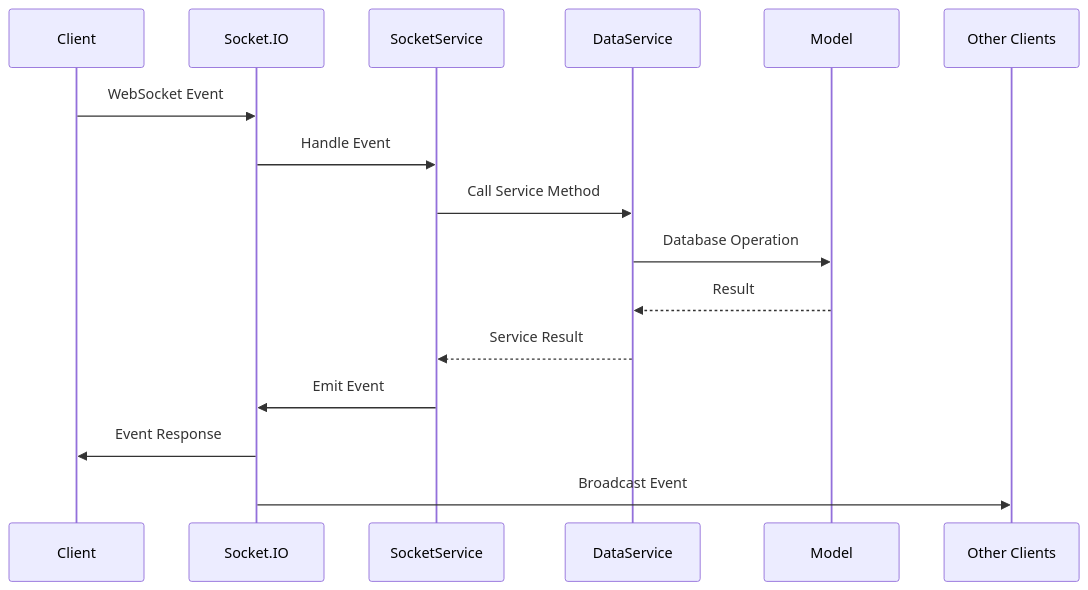
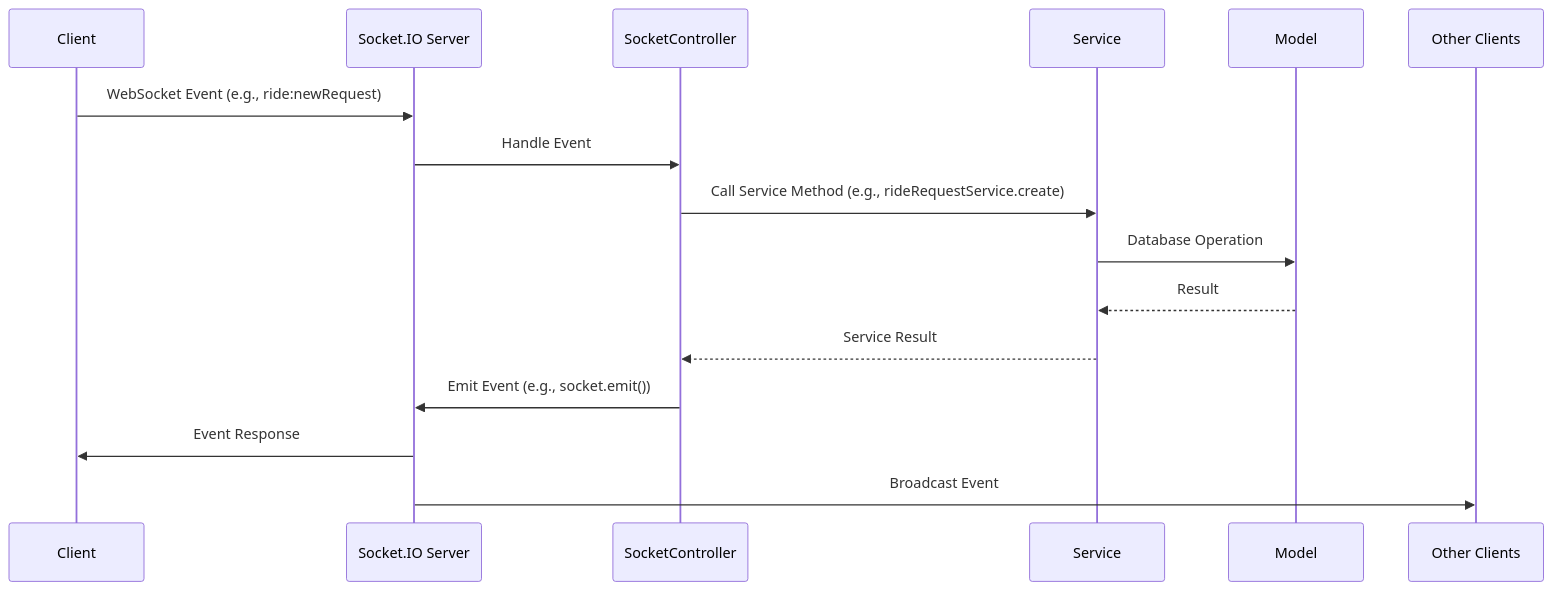
Before and after one commit to Celestial-0/TrueFare: the second of 2 diagrams in backend/docs/MVC_ARCHITECTURE.md, drawn with Mermaid. The commit also changed other lines of this file and 10 other files, not shown here.

````diff
--- a/backend/docs/MVC_ARCHITECTURE.md
+++ b/backend/docs/MVC_ARCHITECTURE.md
@@ -136,17 +97,17 @@
 ```mermaid
 sequenceDiagram
     participant Client
-    participant Socket.IO
-    participant SocketService
-    participant DataService
+    participant Socket.IO Server
+    participant SocketController
+    participant Service
     participant Model
-    Client->>Socket.IO: WebSocket Event
-    Socket.IO->>SocketService: Handle Event
-    SocketService->>DataService: Call Service Method
-    DataService->>Model: Database Operation
-    Model-->>DataService: Result
-    DataService-->>SocketService: Service Result
-    SocketService->>Socket.IO: Emit Event
-    Socket.IO->>Client: Event Response
-    Socket.IO->>Other Clients: Broadcast Event
+    Client->>Socket.IO Server: WebSocket Event (e.g., ride:newRequest)
+    Socket.IO Server->>SocketController: Handle Event
+    SocketController->>Service: Call Service Method (e.g., rideRequestService.create)
+    Service->>Model: Database Operation
+    Model-->>Service: Result
+    Service-->>SocketController: Service Result
+    SocketController->>Socket.IO Server: Emit Event (e.g., socket.emit())
+    Socket.IO Server->>Client: Event Response
+    Socket.IO Server->>Other Clients: Broadcast Event
 ```
````
